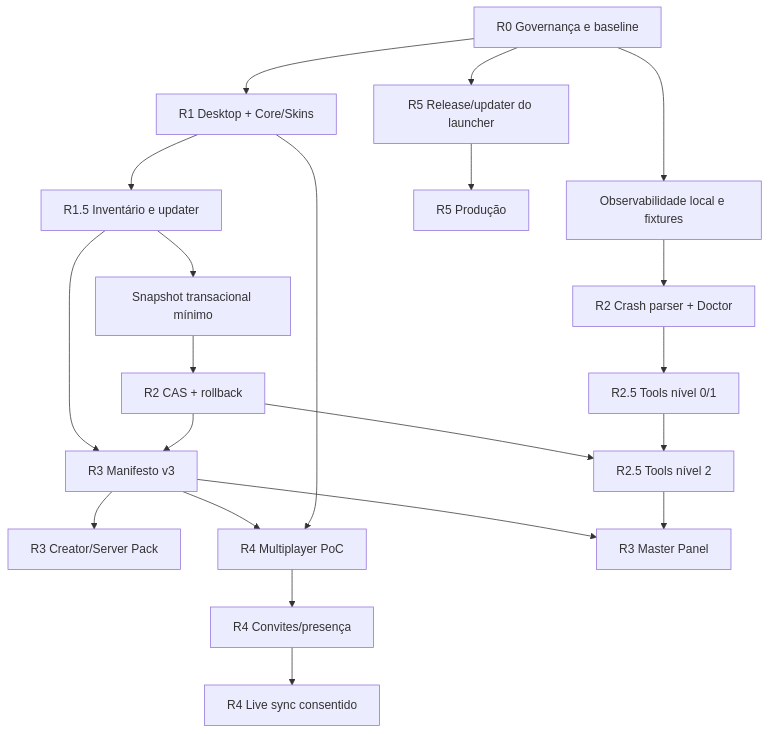
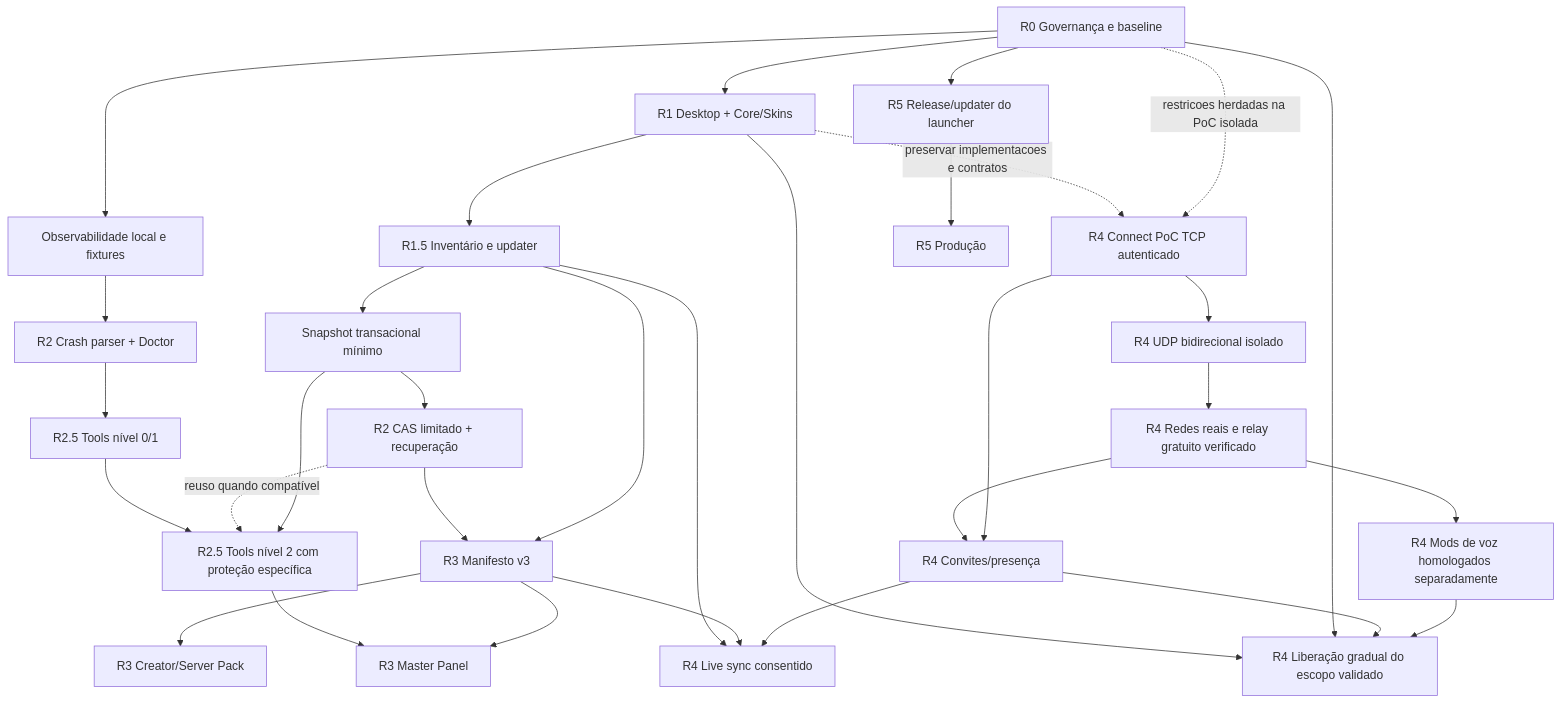
Before and after one commit to vinitor3/AuroraLauncher: the diagram in docs/engineering/DEPENDENCY_GRAPH.md, drawn with Mermaid. The commit also changed other lines of this file and 23 other files, not shown here.

Commit message:
docs(connect): specify Aurora Connect V2 and reconcile alpha.14 roadmap

````diff
--- a/docs/engineering/DEPENDENCY_GRAPH.md
+++ b/docs/engineering/DEPENDENCY_GRAPH.md
@@ -3,23 +7,34 @@
 ```mermaid
 flowchart TD
   R0[R0 Governança e baseline] --> R1[R1 Desktop + Core/Skins]
   R0 --> OBS[Observabilidade local e fixtures]
   R1 --> U[R1.5 Inventário e updater]
   OBS --> D[R2 Crash parser + Doctor]
   U --> SNAP[Snapshot transacional mínimo]
-  SNAP --> CAS[R2 CAS + rollback]
+  SNAP --> CAS[R2 CAS limitado + recuperação]
   D --> T0[R2.5 Tools nível 0/1]
-  CAS --> T2[R2.5 Tools nível 2]
+  SNAP --> T2[R2.5 Tools nível 2 com proteção específica]
+  CAS -.->|reuso quando compatível| T2
   T0 --> T2
   U --> M[R3 Manifesto v3]
   CAS --> M
   M --> CREATOR[R3 Creator/Server Pack]
-  M --> POC[R4 Multiplayer PoC]
-  R1 --> POC
+  R0 -.->|restricoes herdadas na PoC isolada| POC[R4 Connect PoC TCP autenticado]
+  R1 -.->|preservar implementacoes e contratos| POC
+  POC --> UDP[R4 UDP bidirecional isolado]
+  UDP --> NET[R4 Redes reais e relay gratuito verificado]
+  NET --> VOICE[R4 Mods de voz homologados separadamente]
   POC --> SOCIAL[R4 Convites/presença]
+  NET --> SOCIAL
   SOCIAL --> SYNC[R4 Live sync consentido]
+  M --> SYNC
+  U --> SYNC
+  VOICE --> CONNECT[R4 Liberação gradual do escopo validado]
+  SOCIAL --> CONNECT
+  R0 --> CONNECT
+  R1 --> CONNECT
   M --> MASTER[R3 Master Panel]
   T2 --> MASTER
   R0 --> REL[R5 Release/updater do launcher]
   REL --> PROD[R5 Produção]
 ```
````
